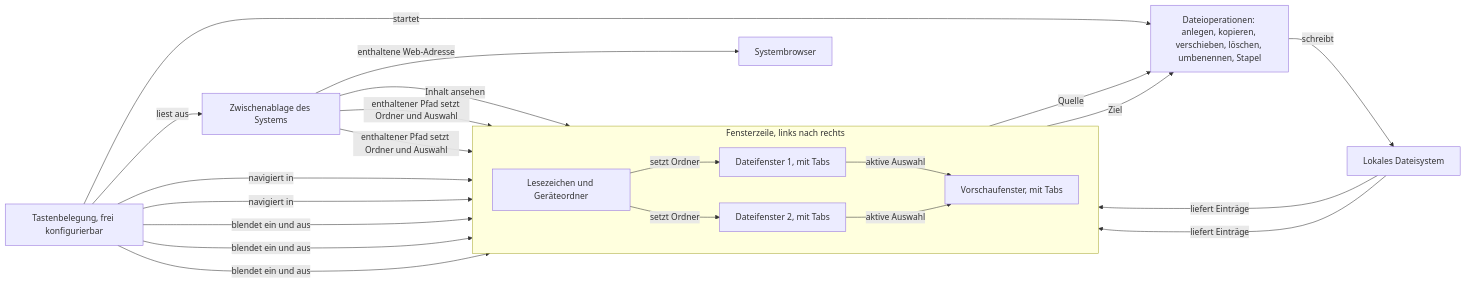
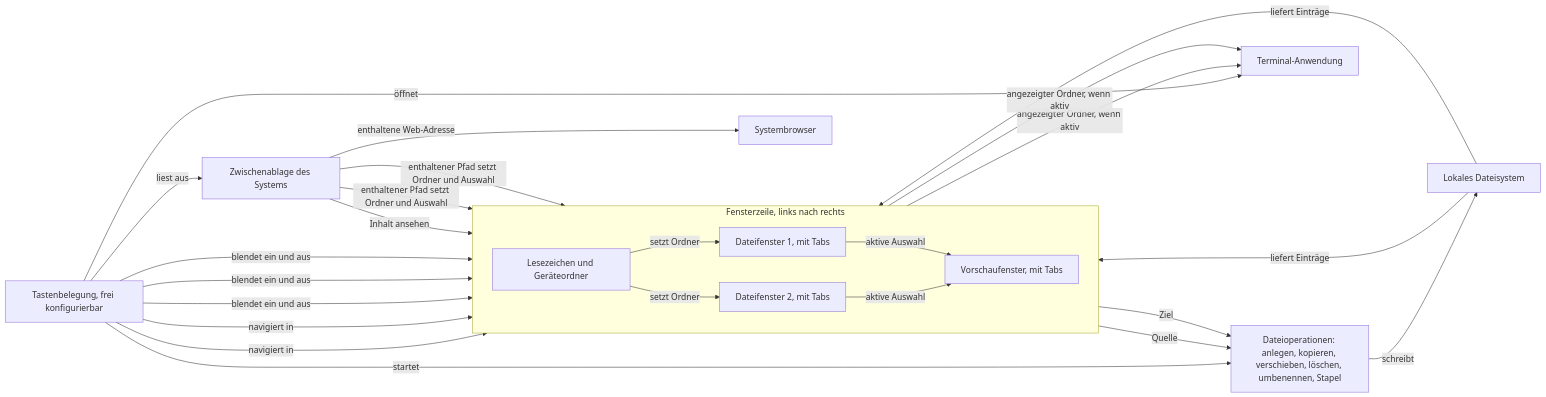
The first of 2 diagrams in fusion-workbench/circles/260802-0842-krk-mac-dateimanager-editor-git/planning/260802-1036_o_spec-navigator-geruest.md (tenzoki/krk), drawn with Mermaid before and after one commit. The commit also changed other lines of this file and 4 other files, not shown here.

First line of the commit message:
docs(spec): C11, den angezeigten Ordner im Terminal oeffnen

````diff
--- a/fusion-workbench/circles/260802-0842-krk-mac-dateimanager-editor-git/planning/260802-1036_o_spec-navigator-geruest.md
+++ b/fusion-workbench/circles/260802-0842-krk-mac-dateimanager-editor-git/planning/260802-1036_o_spec-navigator-geruest.md
@@ -38,36 +40,40 @@
 ```mermaid
 flowchart LR
   K["Tastenbelegung, frei konfigurierbar"]
   subgraph fenster["Fensterzeile, links nach rechts"]
     direction LR
     L["Lesezeichen und Geräteordner"]
     P1["Dateifenster 1, mit Tabs"]
     P2["Dateifenster 2, mit Tabs"]
     V["Vorschaufenster, mit Tabs"]
   end
   D["Dateioperationen: anlegen, kopieren, verschieben, löschen, umbenennen, Stapel"]
   FS["Lokales Dateisystem"]
   Z["Zwischenablage des Systems"]
   B["Systembrowser"]
+  T["Terminal-Anwendung"]
 
   K -->|navigiert in| P1
   K -->|navigiert in| P2
   K -->|startet| D
   K -->|blendet ein und aus| L
   K -->|blendet ein und aus| P2
   K -->|blendet ein und aus| V
   K -->|liest aus| Z
+  K -->|öffnet| T
   L -->|setzt Ordner| P1
   L -->|setzt Ordner| P2
   P1 -->|aktive Auswahl| V
   P2 -->|aktive Auswahl| V
   P1 -->|Quelle| D
   P2 -->|Ziel| D
   D -->|schreibt| FS
   FS -->|liefert Einträge| P1
   FS -->|liefert Einträge| P2
   Z -->|Inhalt ansehen| V
   Z -->|enthaltener Pfad setzt Ordner und Auswahl| P1
   Z -->|enthaltener Pfad setzt Ordner und Auswahl| P2
   Z -->|enthaltene Web-Adresse| B
+  P1 -->|angezeigter Ordner, wenn aktiv| T
+  P2 -->|angezeigter Ordner, wenn aktiv| T
 ```
````
